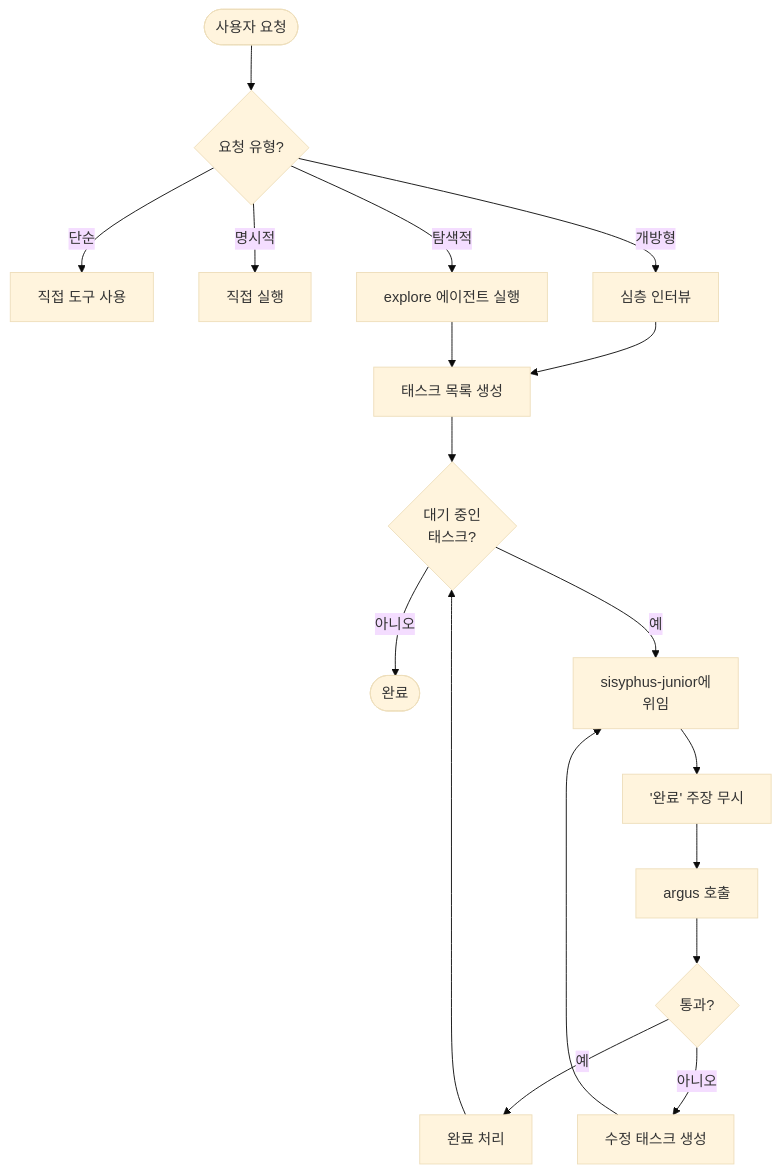
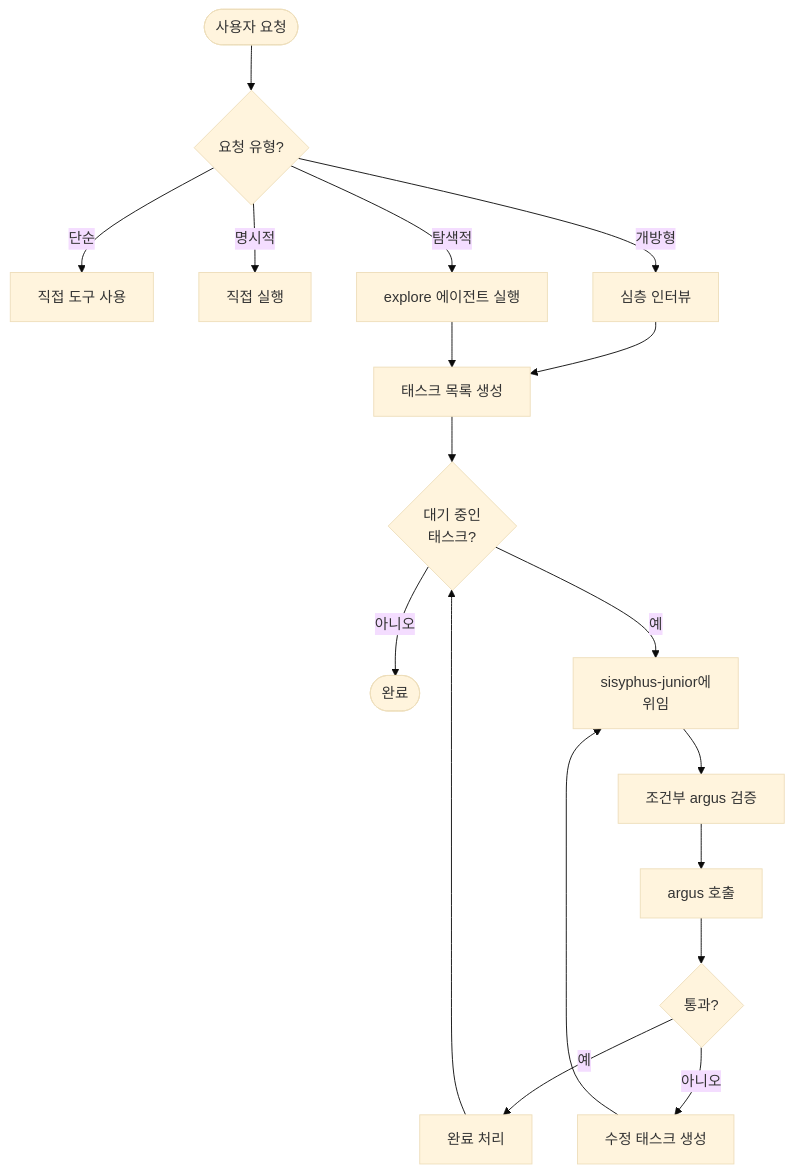
The fourth of 4 diagrams in docs/skills/core-pipeline.md (toongri/oh-my-toong-playground), drawn with Mermaid (base theme) before and after one commit. The commit also changed other lines of this file and 4 other files, not shown here.

````diff
--- a/docs/skills/core-pipeline.md
+++ b/docs/skills/core-pipeline.md
@@ -130,22 +130,22 @@
 ```mermaid
 flowchart TB
     Start([사용자 요청]) --> Classify{요청 유형?}
     Classify -->|단순| Direct[직접 도구 사용]
     Classify -->|명시적| Execute[직접 실행]
     Classify -->|탐색적| Explore[explore 에이전트 실행]
     Classify -->|개방형| Interview[심층 인터뷰]
 
     Interview --> Tasks[태스크 목록 생성]
     Explore --> Tasks
 
     Tasks --> Loop{대기 중인<br/>태스크?}
     Loop -->|아니오| Done([완료])
     Loop -->|예| Delegate[sisyphus-junior에<br/>위임]
-    Delegate --> Ignore["'완료' 주장 무시"]
+    Delegate --> Ignore["조건부 argus 검증"]
     Ignore --> Review[argus 호출]
     Review --> Pass{통과?}
     Pass -->|예| Complete[완료 처리]
     Pass -->|아니오| Fix[수정 태스크 생성]
     Fix --> Delegate
     Complete --> Loop
 ```
````
